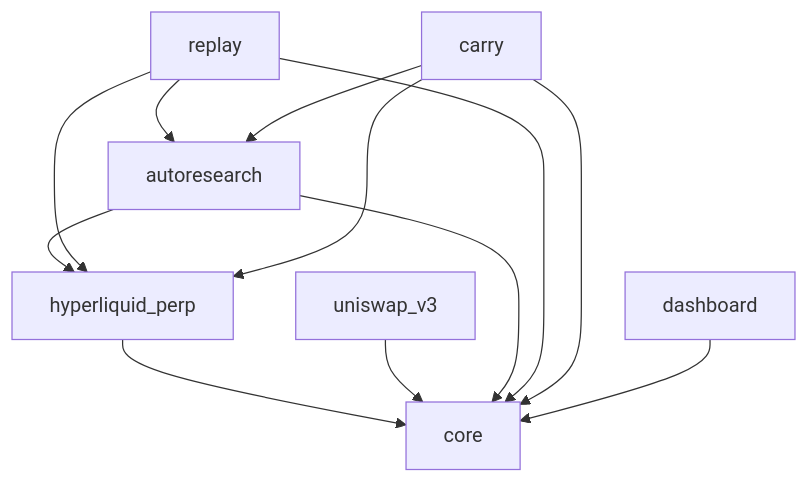
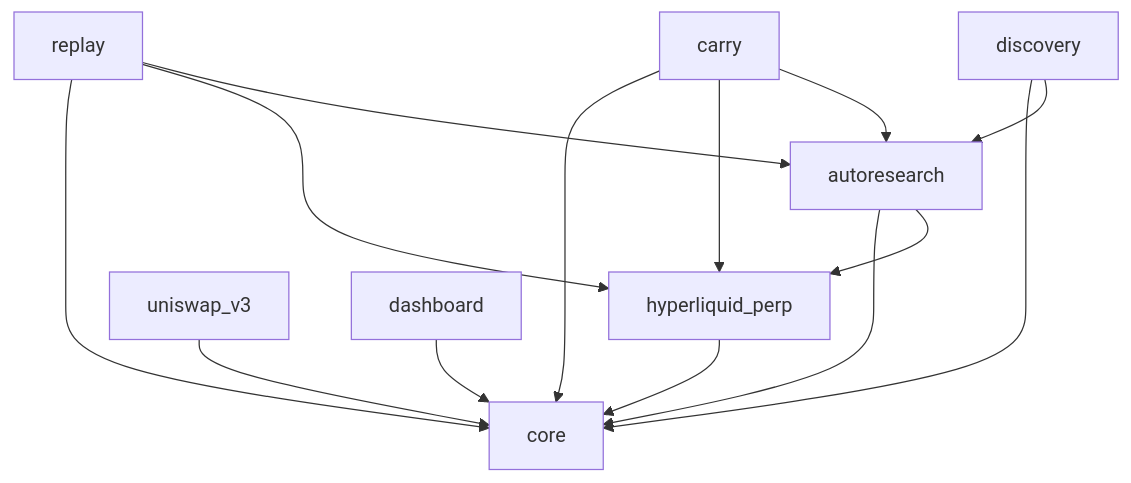
The diagram in contrib/README.md (JOYHSU-QUANT/TradingAgents), drawn with Mermaid before and after one commit. The commit also changed other lines of this file and 18 other files, not shown here.

````diff
--- a/contrib/README.md
+++ b/contrib/README.md
@@ -78,14 +82,16 @@
 ```mermaid
 graph TD
   hyperliquid_perp --> core
   uniswap_v3 --> core
   autoresearch --> core
   autoresearch --> hyperliquid_perp
   replay --> core
   replay --> hyperliquid_perp
   replay --> autoresearch
   carry --> core
   carry --> hyperliquid_perp
   carry --> autoresearch
   dashboard --> core
+  discovery --> core
+  discovery --> autoresearch
 ```
````
